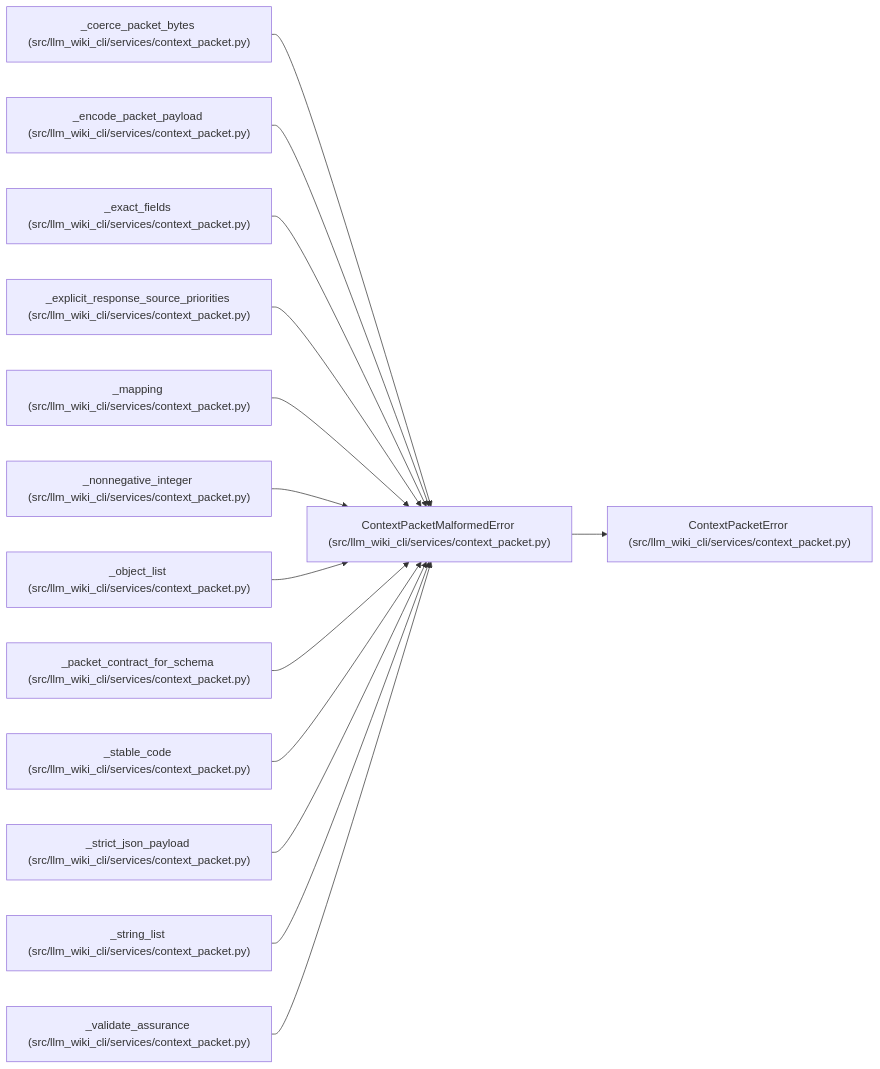
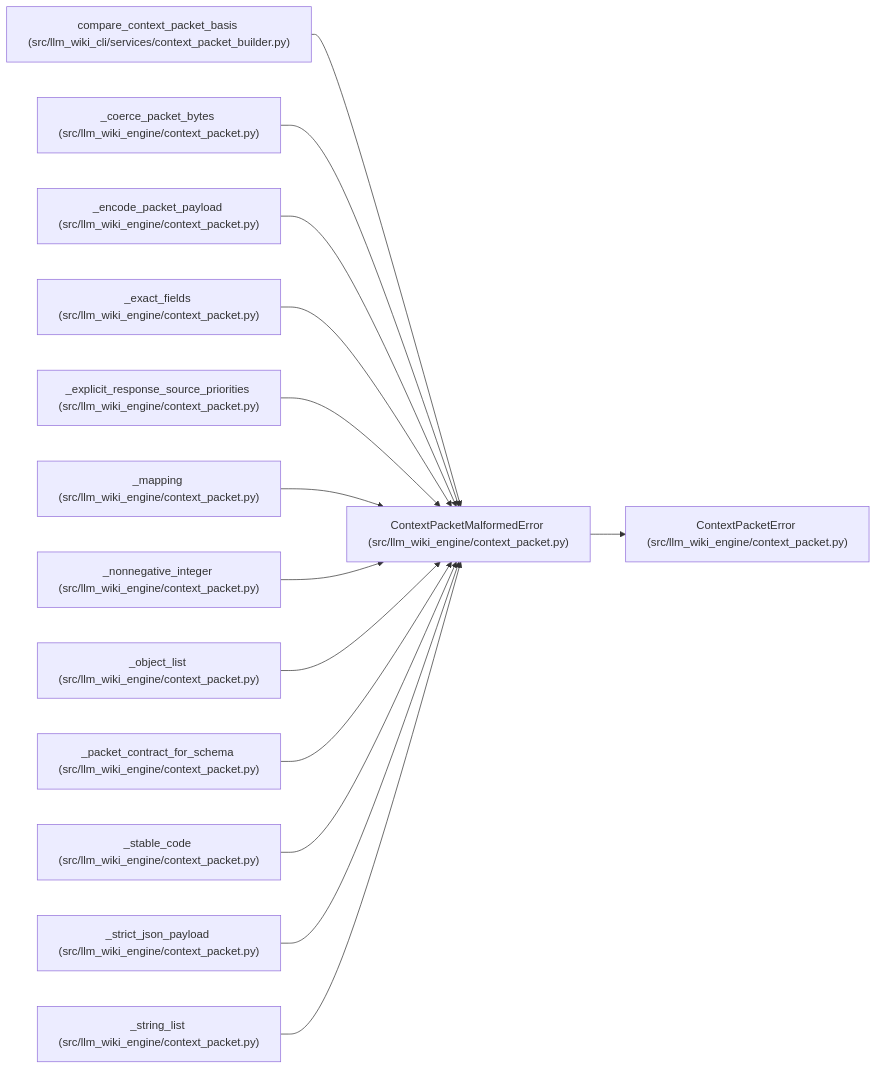
Before and after one commit to Denissvgn/python-wiki-llm: the diagram in docs/llm_wiki/entities/ContextPacketMalformedError.md, drawn with Mermaid. The commit also changed other lines of this file and 577 other files, not shown here.

Commit message:
docs: refresh the wiki for the engine context packet

````diff
--- a/docs/llm_wiki/entities/ContextPacketMalformedError.md
+++ b/docs/llm_wiki/entities/ContextPacketMalformedError.md
@@ -25,44 +25,44 @@
 ```mermaid
 flowchart LR
-    n0["ContextPacketMalformedError (src/llm_wiki_cli/services/context_packet.py)"]
-    n1["ContextPacketError (src/llm_wiki_cli/services/context_packet.py)"]
-    n2["_coerce_packet_bytes (src/llm_wiki_cli/services/context_packet.py)"]
-    n3["_encode_packet_payload (src/llm_wiki_cli/services/context_packet.py)"]
-    n4["_exact_fields (src/llm_wiki_cli/services/context_packet.py)"]
-    n5["_explicit_response_source_priorities (src/llm_wiki_cli/services/context_packet.py)"]
-    n6["_mapping (src/llm_wiki_cli/services/context_packet.py)"]
-    n7["_nonnegative_integer (src/llm_wiki_cli/services/context_packet.py)"]
-    n8["_object_list (src/llm_wiki_cli/services/context_packet.py)"]
-    n9["_packet_contract_for_schema (src/llm_wiki_cli/services/context_packet.py)"]
-    n10["_stable_code (src/llm_wiki_cli/services/context_packet.py)"]
-    n11["_strict_json_payload (src/llm_wiki_cli/services/context_packet.py)"]
-    n12["_string_list (src/llm_wiki_cli/services/context_packet.py)"]
-    n13["_validate_assurance (src/llm_wiki_cli/services/context_packet.py)"]
+    n0["ContextPacketMalformedError (src/llm_wiki_engine/context_packet.py)"]
+    n1["ContextPacketError (src/llm_wiki_engine/context_packet.py)"]
+    n2["compare_context_packet_basis (src/llm_wiki_cli/services/context_packet_builder.py)"]
+    n3["_coerce_packet_bytes (src/llm_wiki_engine/context_packet.py)"]
+    n4["_encode_packet_payload (src/llm_wiki_engine/context_packet.py)"]
+    n5["_exact_fields (src/llm_wiki_engine/context_packet.py)"]
+    n6["_explicit_response_source_priorities (src/llm_wiki_engine/context_packet.py)"]
+    n7["_mapping (src/llm_wiki_engine/context_packet.py)"]
+    n8["_nonnegative_integer (src/llm_wiki_engine/context_packet.py)"]
+    n9["_object_list (src/llm_wiki_engine/context_packet.py)"]
+    n10["_packet_contract_for_schema (src/llm_wiki_engine/context_packet.py)"]
+    n11["_stable_code (src/llm_wiki_engine/context_packet.py)"]
+    n12["_strict_json_payload (src/llm_wiki_engine/context_packet.py)"]
+    n13["_string_list (src/llm_wiki_engine/context_packet.py)"]
     n0 --> n1
     n2 --> n0
     n3 --> n0
     n4 --> n0
     n5 --> n0
     n6 --> n0
     n7 --> n0
     n8 --> n0
     n9 --> n0
     n10 --> n0
     n11 --> n0
     n12 --> n0
     n13 --> n0
     click n0 "../modules/context_packet.md"
     click n1 "../modules/context_packet.md"
-    click n2 "../modules/context_packet.md"
+    click n2 "../modules/context_packet_builder.md"
     click n3 "../modules/context_packet.md"
     click n4 "../modules/context_packet.md"
     click n5 "../modules/context_packet.md"
     click n6 "../modules/context_packet.md"
     click n7 "../modules/context_packet.md"
     click n8 "../modules/context_packet.md"
     click n9 "../modules/context_packet.md"
     click n10 "../modules/context_packet.md"
     click n11 "../modules/context_packet.md"
     click n12 "../modules/context_packet.md"
     click n13 "../modules/context_packet.md"
 ```
````
